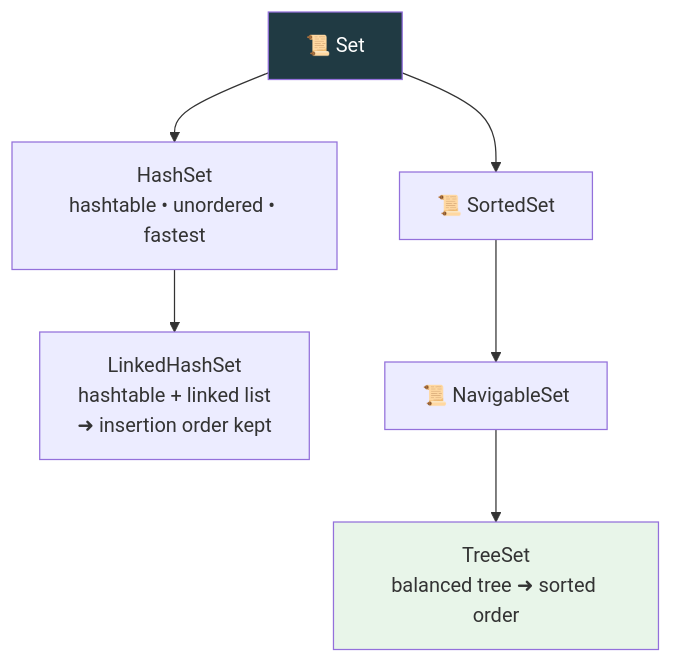
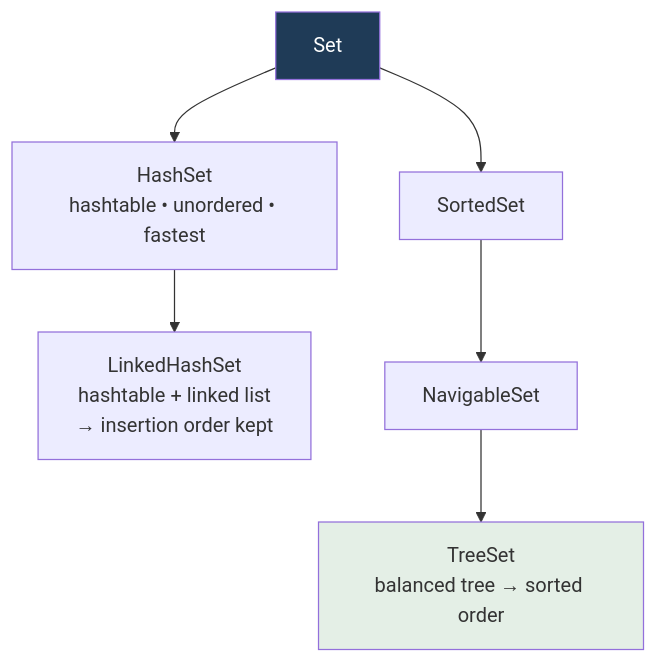
Before and after one commit to kundankumarsharma56/Leaning-Java: the first of 2 diagrams in src/Theory/08-Collections-Framework/03-Set-Interface.md, drawn with Mermaid. The commit also changed other lines of this file and 84 other files, not shown here.

````diff
--- a/src/Theory/08-Collections-Framework/03-Set-Interface.md
+++ b/src/Theory/08-Collections-Framework/03-Set-Interface.md
@@ -21,8 +21,8 @@
 ```mermaid
 flowchart TD
-    S["📜 Set"] --> H["HashSet<br/>hashtable • unordered • fastest"]
-    H --> LH["LinkedHashSet<br/>hashtable + linked list<br/>➜ insertion order kept"]
-    S --> SS["📜 SortedSet"] --> NS["📜 NavigableSet"] --> T["TreeSet<br/>balanced tree ➜ sorted order"]
-    style S fill:#203a43,color:#fff
-    style T fill:#e8f5e9
+    S["Set"] --> H["HashSet<br/>hashtable • unordered • fastest"]
+    H --> LH["LinkedHashSet<br/>hashtable + linked list<br/>→ insertion order kept"]
+    S --> SS["SortedSet"] --> NS["NavigableSet"] --> T["TreeSet<br/>balanced tree → sorted order"]
+    style S fill:#1f3b57,color:#fff
+    style T fill:#e4efe6
 ```
````
